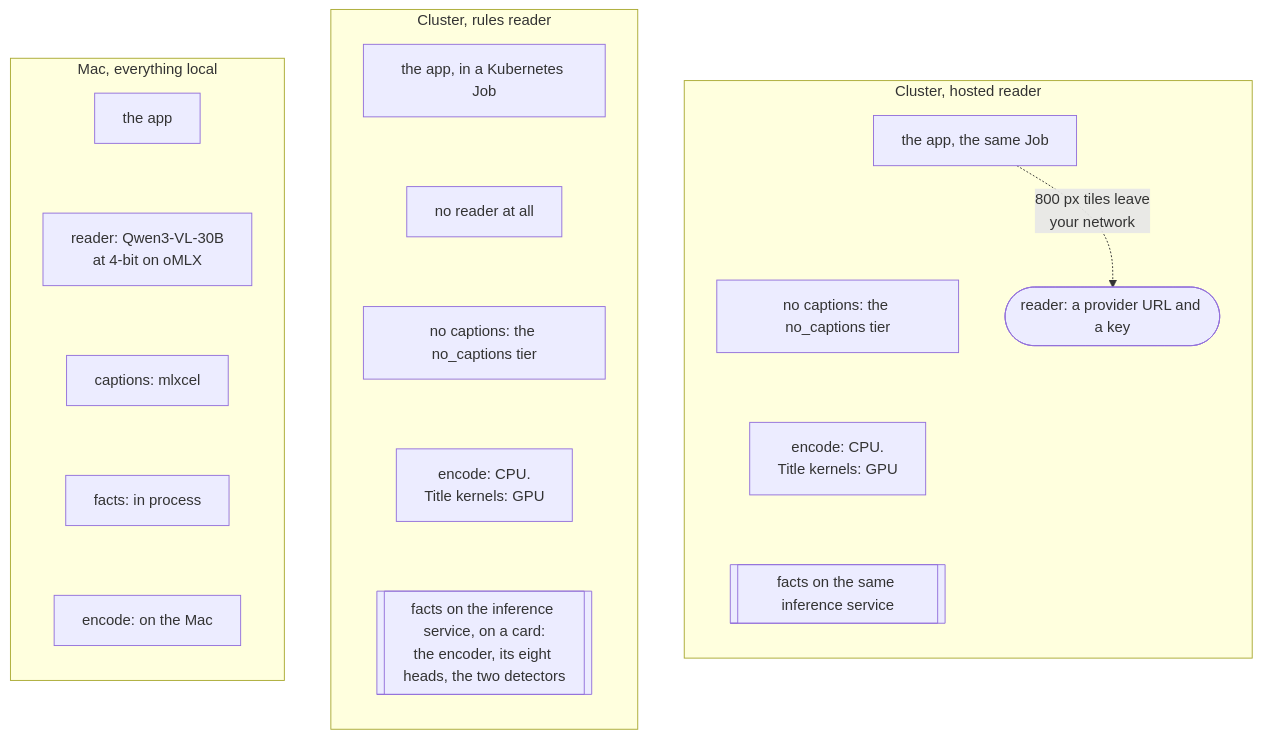
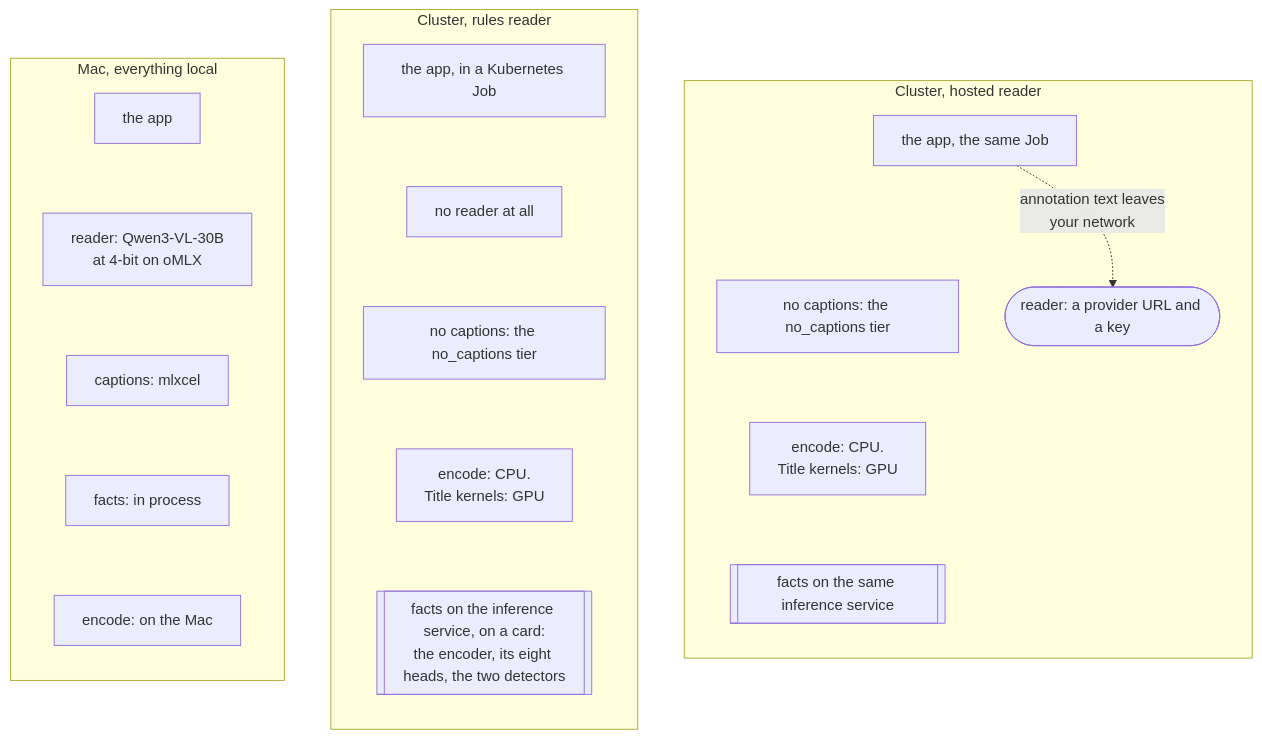
One commit to sam-dumont/immich-video-memory-generator changed the diagram in docs-site/docs/being-rewritten/running-modes.md. Above: the diagram before and after it, drawn with Mermaid. The commit also changed other lines of this file and 71 other files, not shown here.

````diff
--- a/docs-site/docs/being-rewritten/running-modes.md
+++ b/docs-site/docs/being-rewritten/running-modes.md
@@ -429,25 +429,25 @@
 ```mermaid
 flowchart LR
     subgraph mac["Mac, everything local"]
         direction TB
         m1["the app"] ~~~ m2["reader: Qwen3-VL-30B<br/>at 4-bit on oMLX"] ~~~ m3["captions: mlxcel"]
         m3 ~~~ m4["facts: in process"] ~~~ m5["encode: on the Mac"]
     end
 
     subgraph rules["Cluster, rules reader"]
         direction TB
         r1["the app, in a Kubernetes Job"] ~~~ r2["no reader at all"]
         r2 ~~~ r3["no captions: the no_captions tier"] ~~~ r4["encode: CPU.<br/>Title kernels: GPU"]
         r4 ~~~ r5[["facts on the inference service, on a card:<br/>the encoder, its eight heads, the two detectors"]]
     end
 
     subgraph hosted["Cluster, hosted reader"]
         direction TB
         h1["the app, the same Job"] ~~~ h2["no captions: the no_captions tier"]
         h2 ~~~ h3["encode: CPU.<br/>Title kernels: GPU"]
         h3 ~~~ h4[["facts on the same inference service"]]
-        h1 -.->|"800 px tiles leave<br/>your network"| h5(["reader: a provider URL and a key"])
+        h1 -.->|"annotation text leaves<br/>your network"| h5(["reader: a provider URL and a key"])
     end
 
     mac ~~~ rules ~~~ hosted
 ```
````
